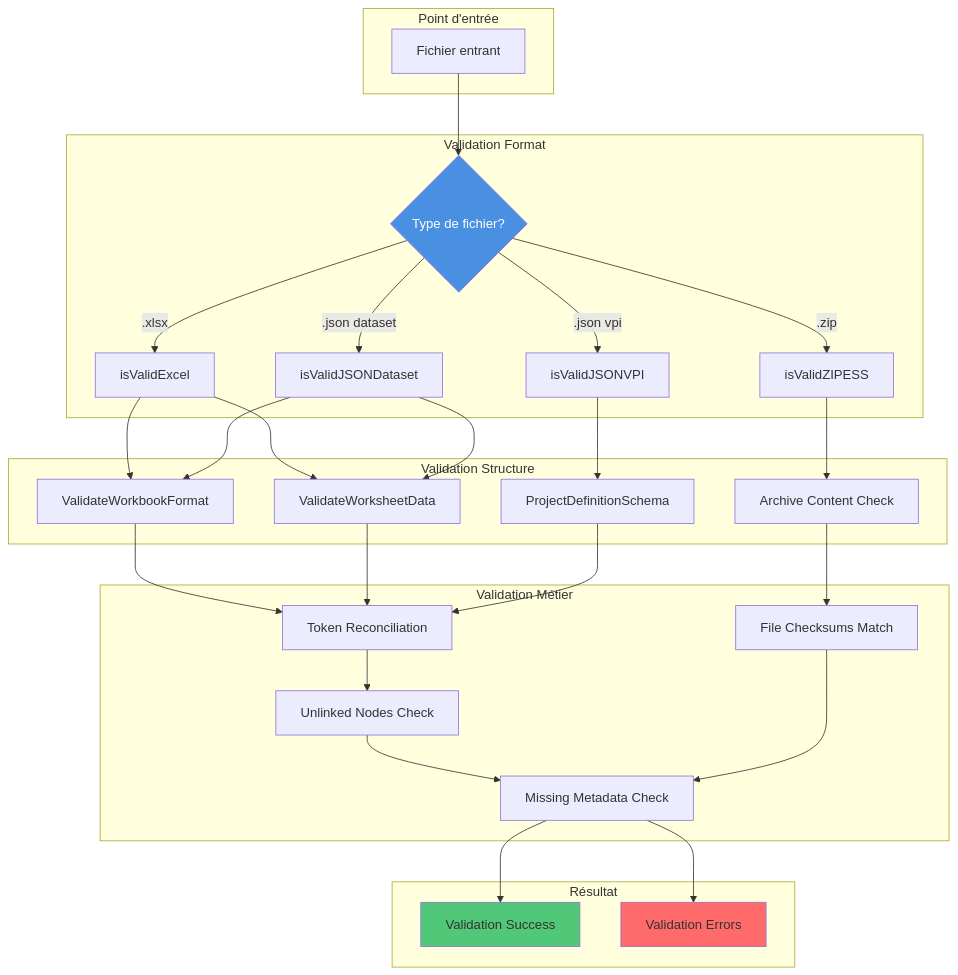
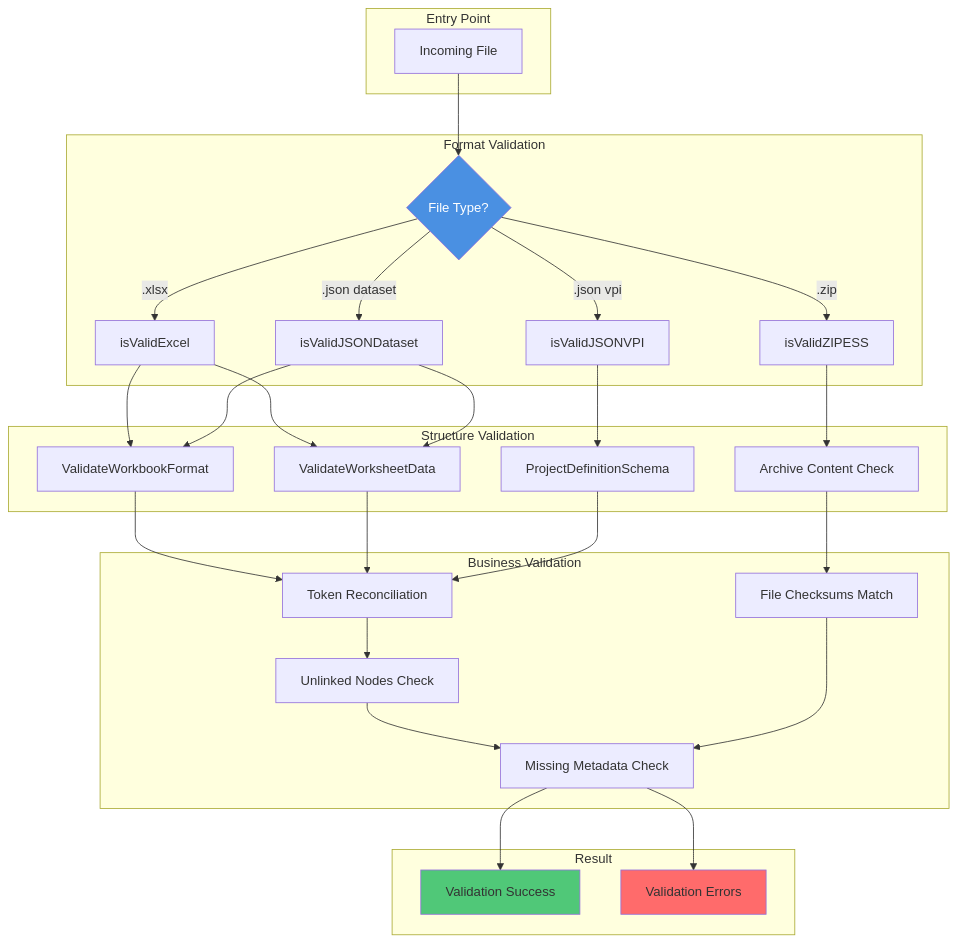
Before and after one commit to infrasoftbe/vnv-doc: the seventh of 13 diagrams in vnv-doc-content/blog/posts/Validation procedures.md, drawn with Mermaid. The commit also changed other lines of this file and 9 other files, not shown here.

````diff
--- a/vnv-doc-content/blog/posts/Validation procedures.md
+++ b/vnv-doc-content/blog/posts/Validation procedures.md
@@ -284,63 +284,63 @@
 ```mermaid
 graph TB
-    subgraph "Point d'entrée"
-        INPUT[Fichier entrant]
+    subgraph "Entry Point"
+        INPUT[Incoming File]
     end
     
-    subgraph "Validation Format"
-        V_FORMAT{Type de fichier?}
+    subgraph "Format Validation"
+        V_FORMAT{File Type?}
         V_EXCEL[isValidExcel]
         V_JSON_DATASET[isValidJSONDataset]
         V_JSON_VPI[isValidJSONVPI]
         V_ZIP[isValidZIPESS]
     end
     
-    subgraph "Validation Structure"
+    subgraph "Structure Validation"
         V_WORKBOOK[ValidateWorkbookFormat]
         V_WORKSHEET[ValidateWorksheetData]
         V_VPI_SCHEMA[ProjectDefinitionSchema]
         V_ZIP_CONTENT[Archive Content Check]
     end
     
-    subgraph "Validation Métier"
+    subgraph "Business Validation"
         V_TOKENS[Token Reconciliation]
         V_RELATIONS[Unlinked Nodes Check]
         V_METADATA[Missing Metadata Check]
         V_CHECKSUMS[File Checksums Match]
     end
     
-    subgraph "Résultat"
+    subgraph "Result"
         SUCCESS[Validation Success]
         ERROR[Validation Errors]
     end
     
     INPUT --> V_FORMAT
     
     V_FORMAT -->|.xlsx| V_EXCEL
     V_FORMAT -->|.json dataset| V_JSON_DATASET
     V_FORMAT -->|.json vpi| V_JSON_VPI
     V_FORMAT -->|.zip| V_ZIP
     
     V_EXCEL --> V_WORKBOOK
     V_EXCEL --> V_WORKSHEET
     V_JSON_DATASET --> V_WORKBOOK
     V_JSON_DATASET --> V_WORKSHEET
     V_JSON_VPI --> V_VPI_SCHEMA
     V_ZIP --> V_ZIP_CONTENT
     
     V_WORKBOOK --> V_TOKENS
     V_WORKSHEET --> V_TOKENS
     V_VPI_SCHEMA --> V_TOKENS
     V_ZIP_CONTENT --> V_CHECKSUMS
     
     V_TOKENS --> V_RELATIONS
     V_RELATIONS --> V_METADATA
     V_CHECKSUMS --> V_METADATA
     
     V_METADATA --> SUCCESS
     V_METADATA --> ERROR
     
     style SUCCESS fill:#50c878
     style ERROR fill:#ff6b6b
     style V_FORMAT fill:#4a90e2,color:#fff
 ```
````
